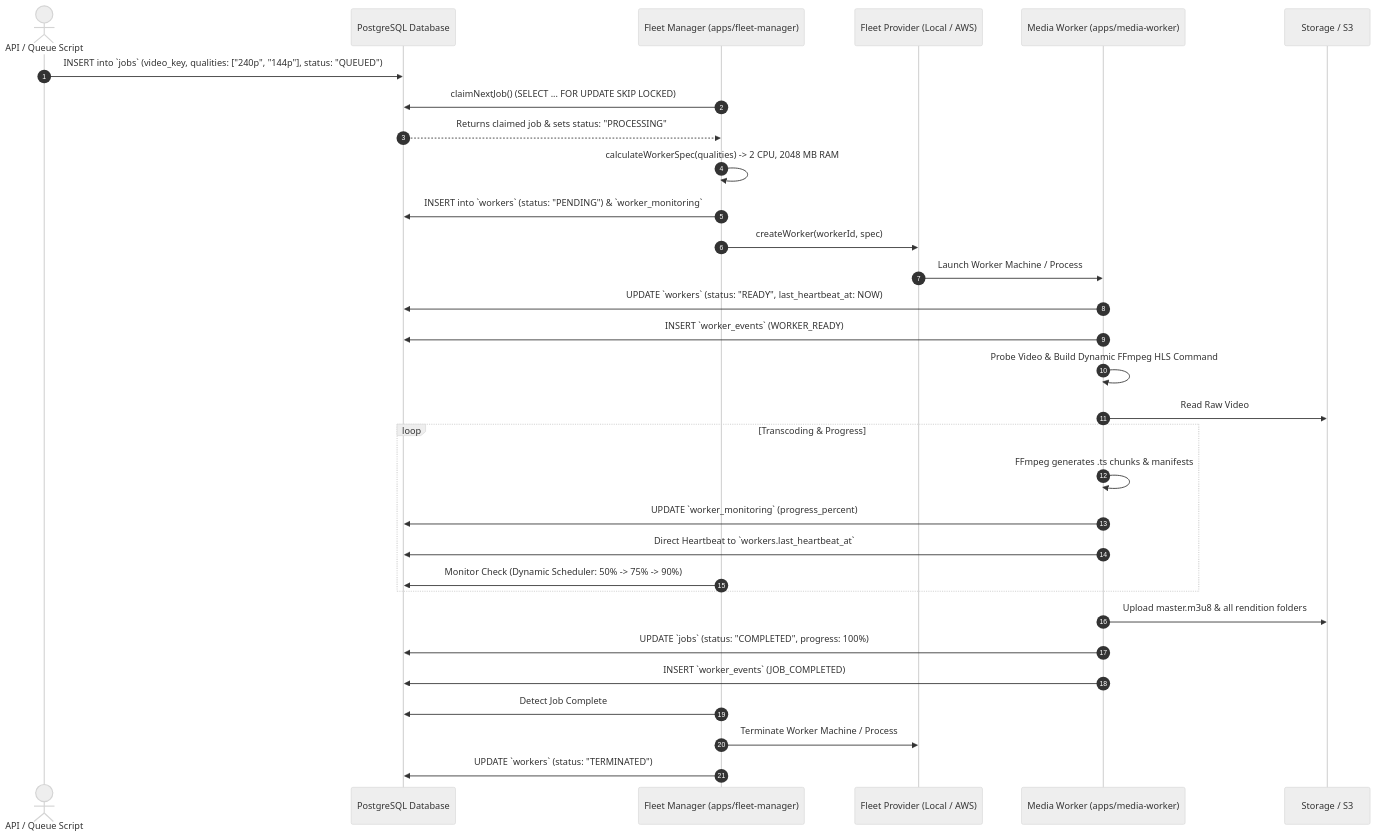
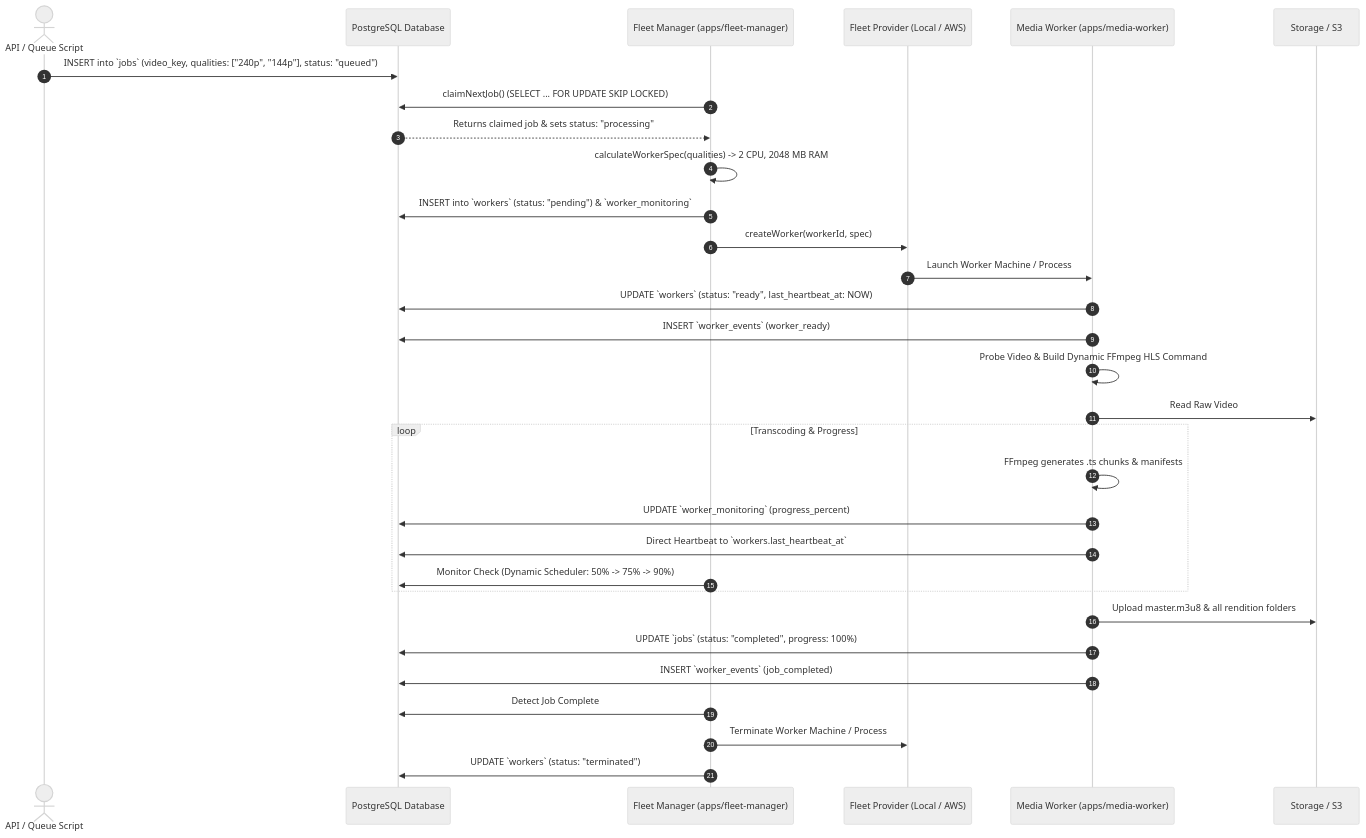
One commit to thedhruvish/veolms changed the diagram in docs/fleet-manager-and-video-transcoding.md. Above: the diagram before and after it, drawn with Mermaid (neutral theme). The commit also changed other lines of this file and 59 other files, not shown here.

First line of the commit message:
refactor: standardize architecture casing and job statuses

````diff
--- a/docs/fleet-manager-and-video-transcoding.md
+++ b/docs/fleet-manager-and-video-transcoding.md
@@ -82,34 +82,34 @@
 ```mermaid
 sequenceDiagram
     autonumber
     actor API as API / Queue Script
     participant DB as PostgreSQL Database
     participant FM as Fleet Manager (apps/fleet-manager)
     participant FP as Fleet Provider (Local / AWS)
     participant MW as Media Worker (apps/media-worker)
     participant S3 as Storage / S3
 
-    API->>DB: INSERT into `jobs` (video_key, qualities: ["240p", "144p"], status: "QUEUED")
+    API->>DB: INSERT into `jobs` (video_key, qualities: ["240p", "144p"], status: "queued")
     FM->>DB: claimNextJob() (SELECT ... FOR UPDATE SKIP LOCKED)
-    DB-->>FM: Returns claimed job & sets status: "PROCESSING"
+    DB-->>FM: Returns claimed job & sets status: "processing"
     FM->>FM: calculateWorkerSpec(qualities) -> 2 CPU, 2048 MB RAM
-    FM->>DB: INSERT into `workers` (status: "PENDING") & `worker_monitoring`
+    FM->>DB: INSERT into `workers` (status: "pending") & `worker_monitoring`
     FM->>FP: createWorker(workerId, spec)
     FP->>MW: Launch Worker Machine / Process
-    MW->>DB: UPDATE `workers` (status: "READY", last_heartbeat_at: NOW)
-    MW->>DB: INSERT `worker_events` (WORKER_READY)
+    MW->>DB: UPDATE `workers` (status: "ready", last_heartbeat_at: NOW)
+    MW->>DB: INSERT `worker_events` (worker_ready)
     MW->>MW: Probe Video & Build Dynamic FFmpeg HLS Command
     MW->>S3: Read Raw Video
     loop Transcoding & Progress
         MW->>MW: FFmpeg generates .ts chunks & manifests
         MW->>DB: UPDATE `worker_monitoring` (progress_percent)
         MW->>DB: Direct Heartbeat to `workers.last_heartbeat_at`
         FM->>DB: Monitor Check (Dynamic Scheduler: 50% -> 75% -> 90%)
     end
     MW->>S3: Upload master.m3u8 & all rendition folders
-    MW->>DB: UPDATE `jobs` (status: "COMPLETED", progress: 100%)
-    MW->>DB: INSERT `worker_events` (JOB_COMPLETED)
+    MW->>DB: UPDATE `jobs` (status: "completed", progress: 100%)
+    MW->>DB: INSERT `worker_events` (job_completed)
     FM->>DB: Detect Job Complete
     FM->>FP: Terminate Worker Machine / Process
-    FM->>DB: UPDATE `workers` (status: "TERMINATED")
+    FM->>DB: UPDATE `workers` (status: "terminated")
 ```
````
